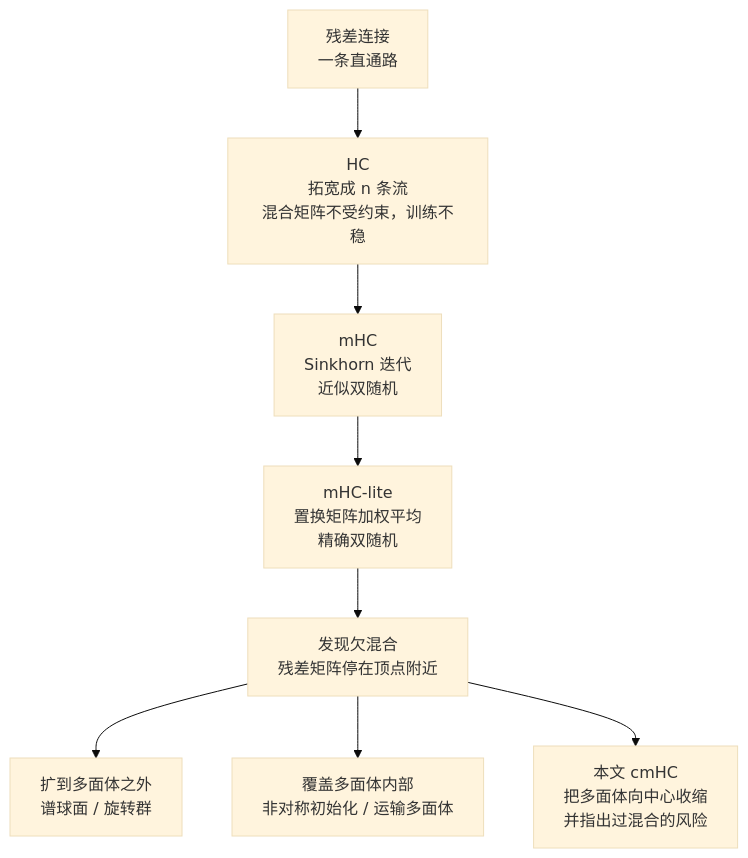
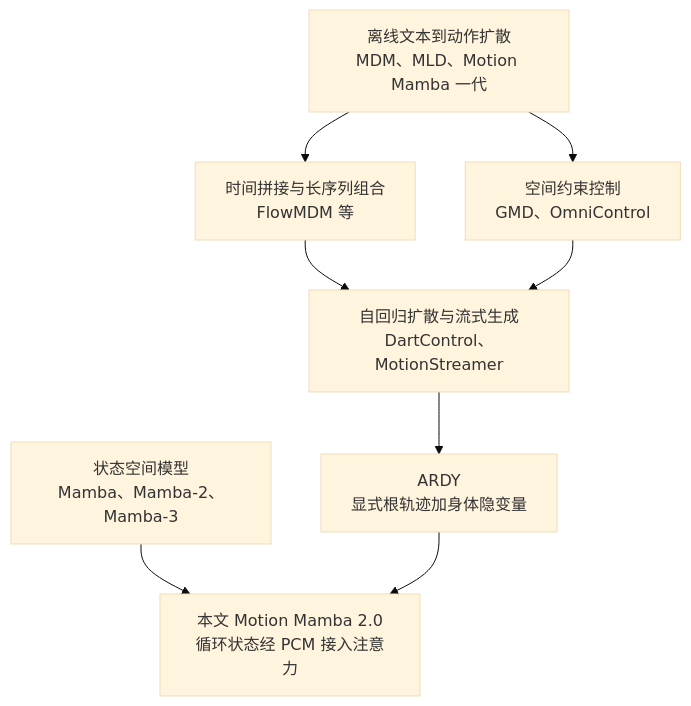
Before and after one commit to yingwang/paper-reads: the first of 4 diagrams in docs/index.md, drawn with Mermaid (base theme). The commit also changed other lines of this file and 2 other files, not shown here.

First line of the commit message:
Add 2026-11-24-motion-mamba-2-autoregressive-diffusion-mamba-humanoid-control

````diff
--- a/docs/index.md
+++ b/docs/index.md
@@ -82,10 +60,10 @@
 ```mermaid
 flowchart TB
-    R["残差连接<br/>一条直通路"] --> HC["HC<br/>拓宽成 n 条流<br/>混合矩阵不受约束，训练不稳"]
-    HC --> M["mHC<br/>Sinkhorn 迭代<br/>近似双随机"]
-    M --> ML["mHC-lite<br/>置换矩阵加权平均<br/>精确双随机"]
-    ML --> U["发现欠混合<br/>残差矩阵停在顶点附近"]
-    U --> X["扩到多面体之外<br/>谱球面 / 旋转群"]
-    U --> Y["覆盖多面体内部<br/>非对称初始化 / 运输多面体"]
-    U --> C["本文 cmHC<br/>把多面体向中心收缩<br/>并指出过混合的风险"]
+    A["离线文本到动作扩散<br/>MDM、MLD、Motion Mamba 一代"] --> B["时间拼接与长序列组合<br/>FlowMDM 等"]
+    A --> C["空间约束控制<br/>GMD、OmniControl"]
+    B --> D["自回归扩散与流式生成<br/>DartControl、MotionStreamer"]
+    C --> D
+    D --> E["ARDY<br/>显式根轨迹加身体隐变量"]
+    F["状态空间模型<br/>Mamba、Mamba-2、Mamba-3"] --> G["本文 Motion Mamba 2.0<br/>循环状态经 PCM 接入注意力"]
+    E --> G
 ```
````
